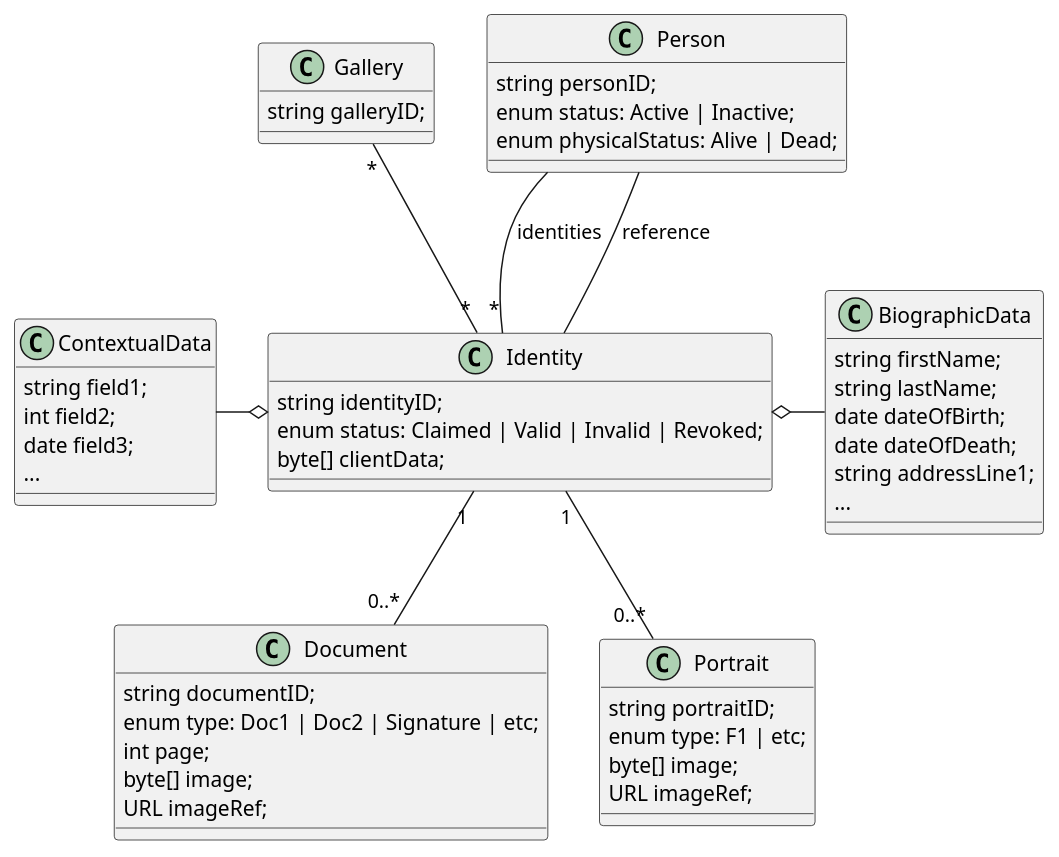
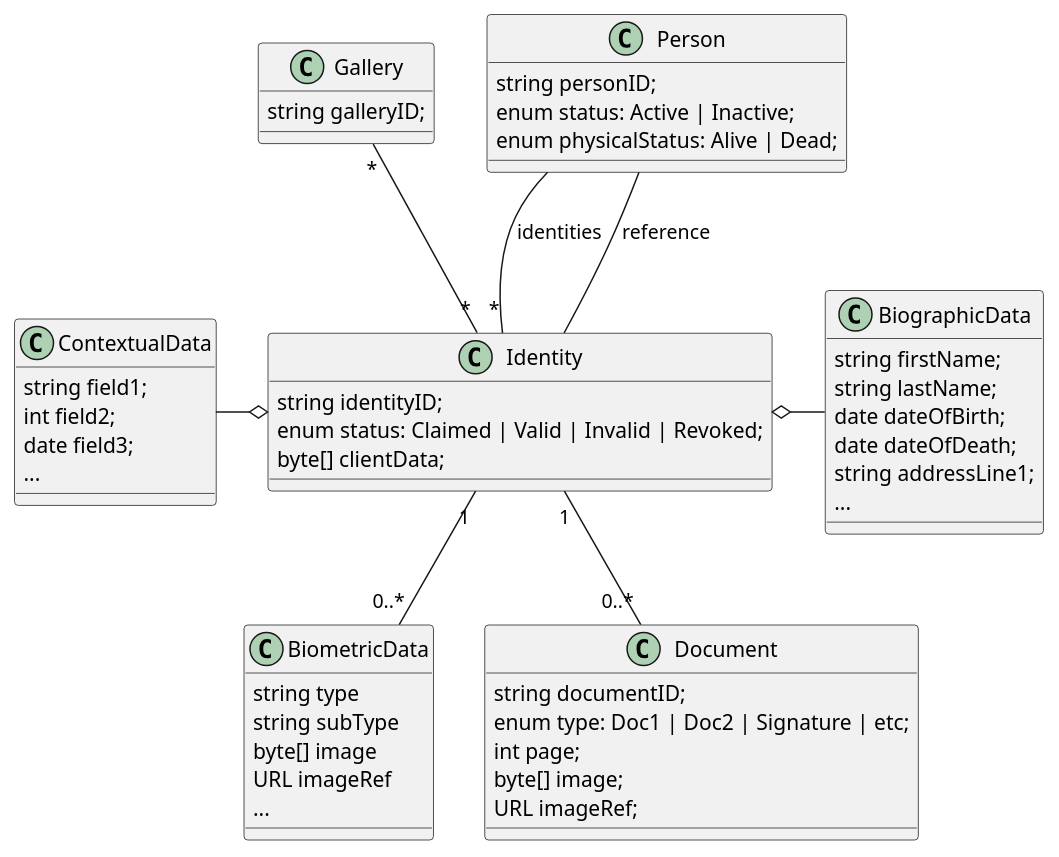
Before and after one commit to SecureIdentityAlliance/osia: the second of 2 diagrams in src/doc/functional/_pr.rst, drawn with PlantUML. The commit also changed other lines of this file and 3 other files, not shown here.

Commit message:
In application of a decision of the group, add the biometric data (as an option) in the population registry

```diff
--- a/src/doc/functional/_pr.rst
+++ b/src/doc/functional/_pr.rst
@@ -302,60 +309,61 @@
 .. uml::
     :caption: Population Registry Data Model
     :scale: 50%
 
     class Gallery {
         string galleryID;
     }
 
     class Person {
         string personID;
         enum status: Active | Inactive;
         enum physicalStatus: Alive | Dead;
     }
 
     class Identity {
         string identityID;
         enum status: Claimed | Valid | Invalid | Revoked;
         byte[] clientData;
     }
 
     Gallery "*" -- "*" Identity
 
     Person -- "*" Identity: "identities"
     Person -- Identity: "reference"
 
     class BiographicData {
         string firstName;
         string lastName;
         date dateOfBirth;
         date dateOfDeath;
         string addressLine1;
         ...
     }
     Identity o- BiographicData
 
     class ContextualData {
         string field1;
         int field2;
         date field3;
         ...
     }
     ContextualData -o Identity
     
+    class BiometricData {
+    string type
+    string subType
+    byte[] image
+    URL imageRef
+    ...
+    }
+    Identity "1" -- "0..*" BiometricData
+
     class Document {
       string documentID;
       enum type: Doc1 | Doc2 | Signature | etc;
       int page;
       byte[] image;
       URL imageRef;
     }
 
-    class Portrait {
-      string portraitID;
-      enum type: F1 | etc;
-      byte[] image;
-      URL imageRef;
-    }
-    
     Identity "1" -- "0..*" Document
-    Identity "1" -- "0..*" Portrait
```
